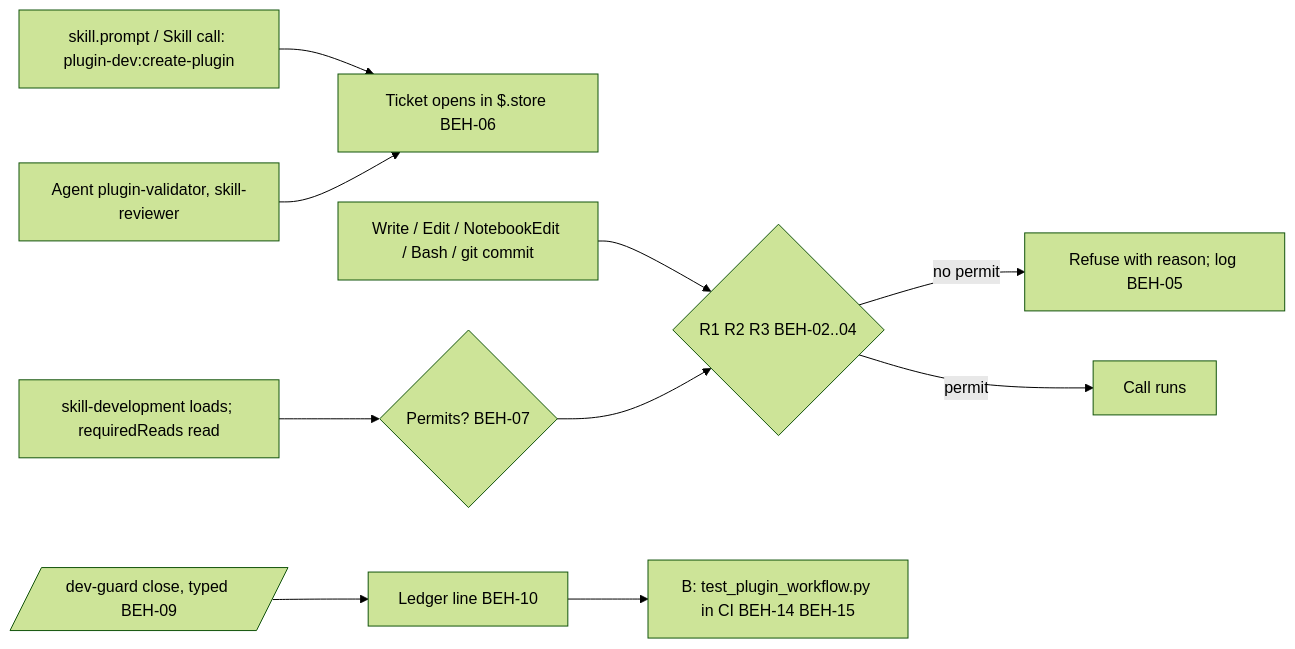
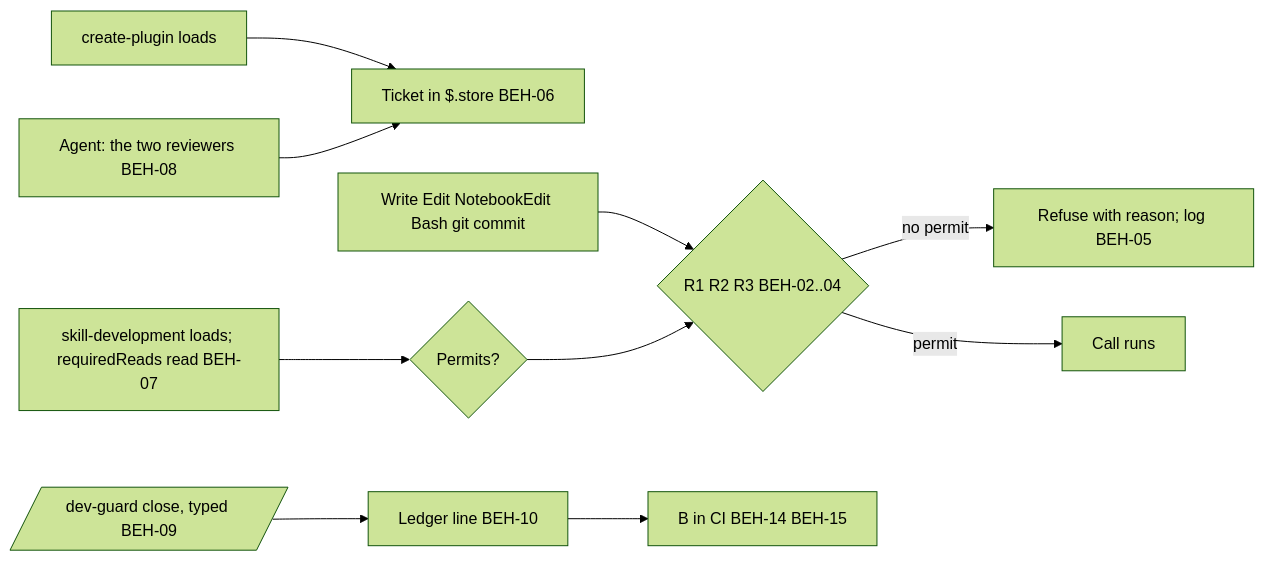
The diagram in docs/specs/spec/SPEC-019.md (bankielewicz/DevForgeAI), drawn with Mermaid (forest theme) before and after one commit. The commit also changed other lines of this file and 2 other files, not shown here.

````diff
--- a/docs/specs/spec/SPEC-019.md
+++ b/docs/specs/spec/SPEC-019.md
@@ -102,12 +91,12 @@
 ```mermaid
 flowchart LR
-    L[skill.prompt / Skill call: plugin-dev:create-plugin] --> T[Ticket opens in $.store BEH-06]
-    S[skill-development loads; requiredReads read] --> P{Permits? BEH-07}
-    W[Write / Edit / NotebookEdit / Bash / git commit] --> R{R1 R2 R3 BEH-02..04}
+    L[create-plugin loads] --> T[Ticket in $.store BEH-06]
+    S[skill-development loads; requiredReads read BEH-07] --> P{Permits?}
+    W[Write Edit NotebookEdit Bash git commit] --> R{R1 R2 R3 BEH-02..04}
+    P --> R
     R -->|no permit| X[Refuse with reason; log BEH-05]
-    P --> R
     R -->|permit| OK[Call runs]
-    A[Agent plugin-validator, skill-reviewer] --> T
+    A[Agent: the two reviewers BEH-08] --> T
     C[/dev-guard close, typed BEH-09/] --> LG[Ledger line BEH-10]
-    LG --> B[B: test_plugin_workflow.py in CI BEH-14 BEH-15]
+    LG --> B[B in CI BEH-14 BEH-15]
 ```
````
